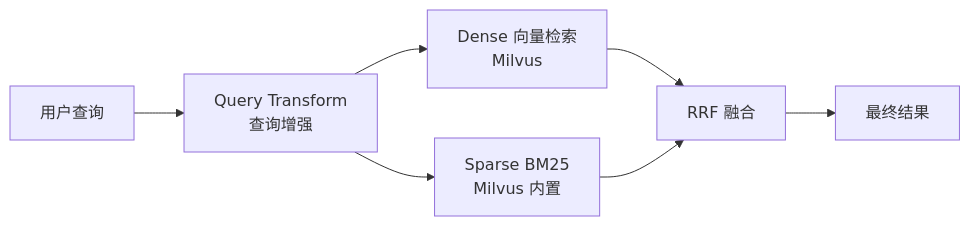
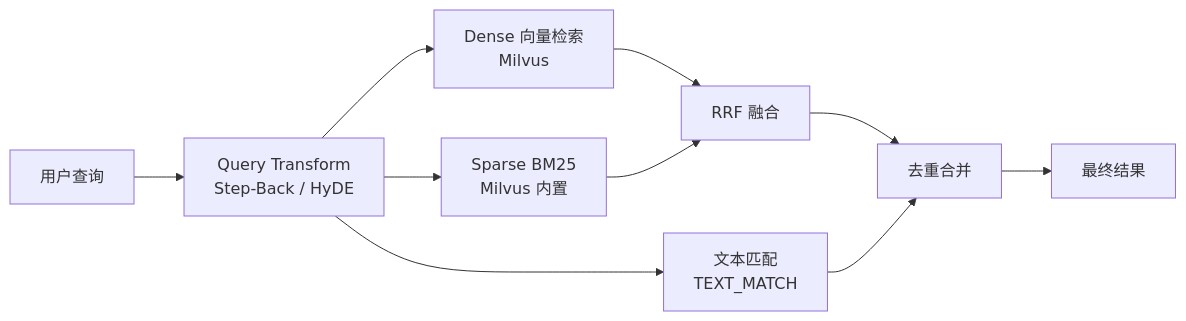
Before and after one commit to Showool/buddy-ai: the diagram in README.md, drawn with Mermaid. The commit also changed other lines of this file, not shown here.

````diff
--- a/README.md
+++ b/README.md
@@ -75,9 +91,12 @@
 ```mermaid
 graph LR
-    Query[用户查询] --> QT[Query Transform<br/>查询增强]
+    Query[用户查询] --> QT[Query Transform<br/>Step-Back / HyDE]
     QT --> Dense[Dense 向量检索<br/>Milvus]
     QT --> Sparse[Sparse BM25<br/>Milvus 内置]
+    QT --> TM[文本匹配<br/>TEXT_MATCH]
     Dense --> RRF[RRF 融合]
     Sparse --> RRF
-    RRF --> Result[最终结果]
+    RRF --> Merge[去重合并]
+    TM --> Merge
+    Merge --> Result[最终结果]
 ```
````
